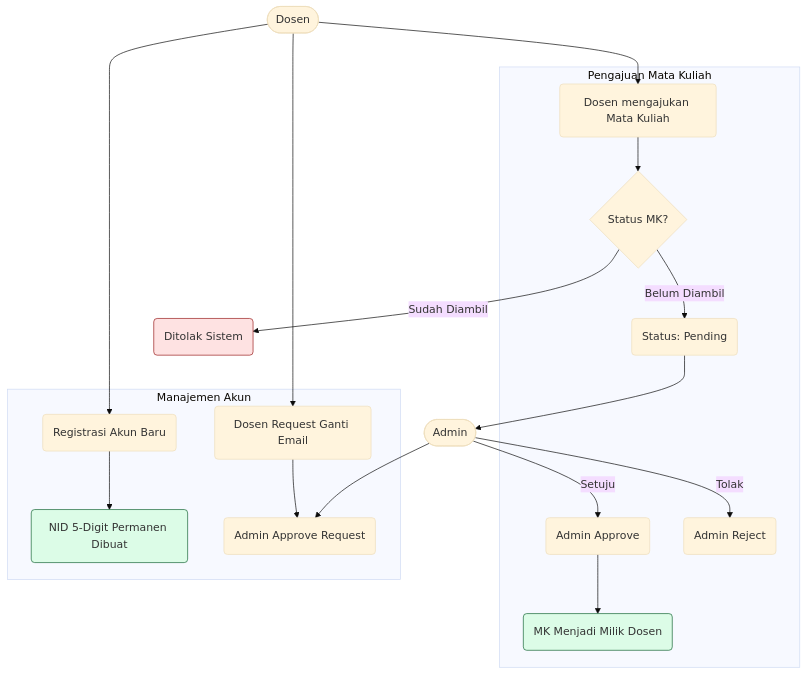
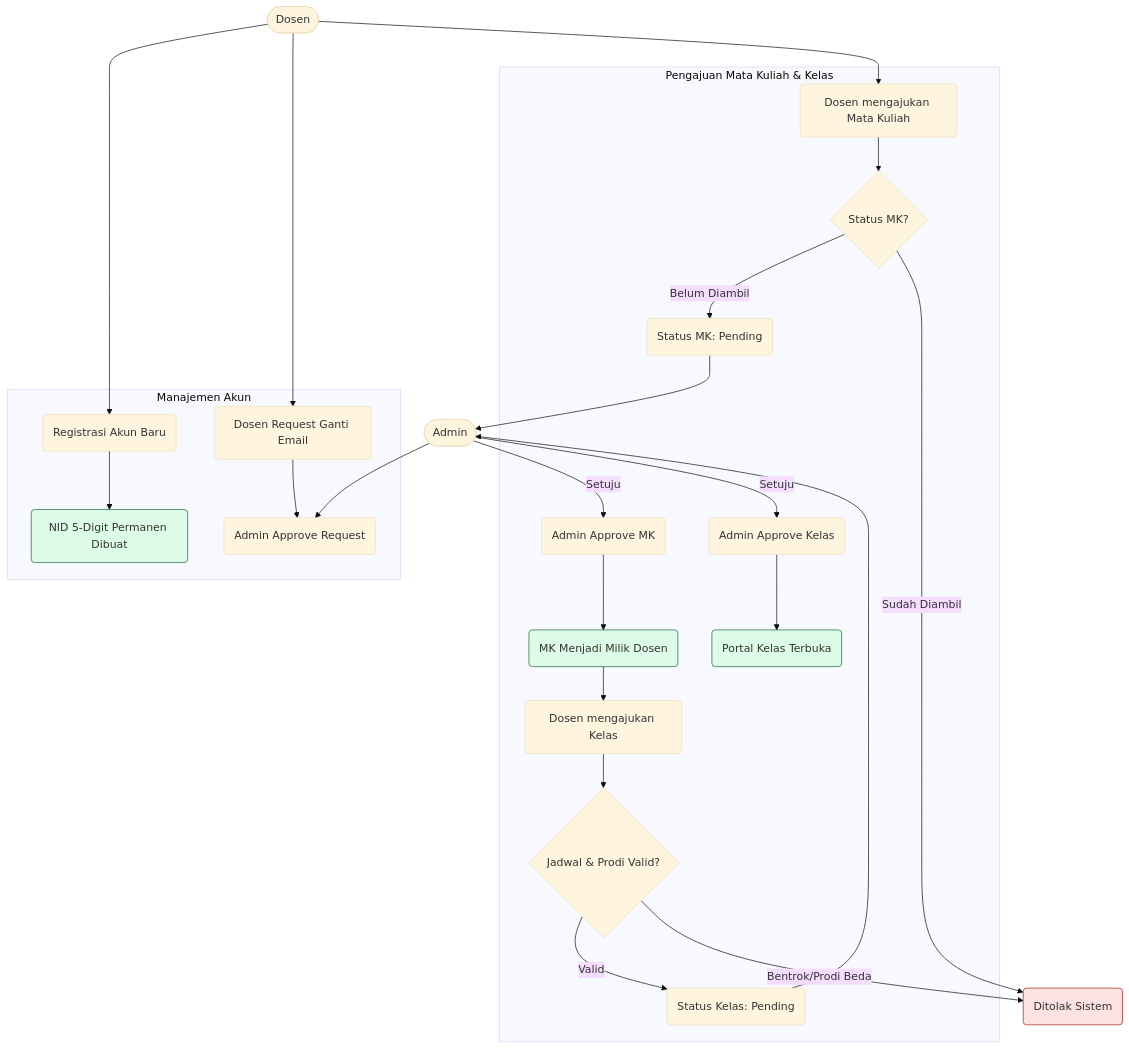
One commit to MuhammadKrisna18/LearnGO changed the third of 3 diagrams in README.md. Above: the diagram before and after it, drawn with Mermaid (base theme). The commit also changed other lines of this file and 7 other files, not shown here.

````diff
--- a/README.md
+++ b/README.md
@@ -167,43 +169,56 @@
 ```mermaid
 flowchart TD
     %% Roles
     Dosen([Dosen])
     Admin([Admin])
 
     %% Business Entities & Actions
-    subgraph Pengajuan Mata Kuliah
+    subgraph Pengajuan Mata Kuliah & Kelas
         ReqMK(Dosen mengajukan Mata Kuliah)
         CheckMK{Status MK?}
-        StatusPending(Status: Pending)
-        ApproveMK(Admin Approve)
-        RejectMK(Admin Reject)
+        StatusPendingMK(Status MK: Pending)
+        ApproveMK(Admin Approve MK)
         MKTaken(MK Menjadi Milik Dosen)
+        
+        ReqKelas(Dosen mengajukan Kelas)
+        CheckKelas{Jadwal & Prodi Valid?}
+        StatusPendingKelas(Status Kelas: Pending)
+        ApproveKelas(Admin Approve Kelas)
+        KelasTaken(Portal Kelas Terbuka)
     end
 
     subgraph Manajemen Akun
         RegDosen(Registrasi Akun Baru)
         GenNID(NID 5-Digit Permanen Dibuat)
         ReqEmail(Dosen Request Ganti Email)
         ApproveEmail(Admin Approve Request)
     end
 
     %% Flows
     Dosen --> RegDosen
     RegDosen --> GenNID
     Dosen --> ReqEmail
     ReqEmail --> ApproveEmail
     Admin --> ApproveEmail
 
     Dosen --> ReqMK
     ReqMK --> CheckMK
-    CheckMK -- Belum Diambil --> StatusPending
+    CheckMK -- Belum Diambil --> StatusPendingMK
     CheckMK -- Sudah Diambil --> RejectSystem(Ditolak Sistem)
-    StatusPending --> Admin
+    StatusPendingMK --> Admin
     Admin -- Setuju --> ApproveMK
-    Admin -- Tolak --> RejectMK
     ApproveMK --> MKTaken
+
+    MKTaken --> ReqKelas
+    ReqKelas --> CheckKelas
+    CheckKelas -- Valid --> StatusPendingKelas
+    CheckKelas -- Bentrok/Prodi Beda --> RejectSystem
+    StatusPendingKelas --> Admin
+    Admin -- Setuju --> ApproveKelas
+    ApproveKelas --> KelasTaken
 
     style GenNID fill:#dcfce7,stroke:#166534
     style MKTaken fill:#dcfce7,stroke:#166534
+    style KelasTaken fill:#dcfce7,stroke:#166534
     style RejectSystem fill:#fee2e2,stroke:#991b1b
 ```
````
